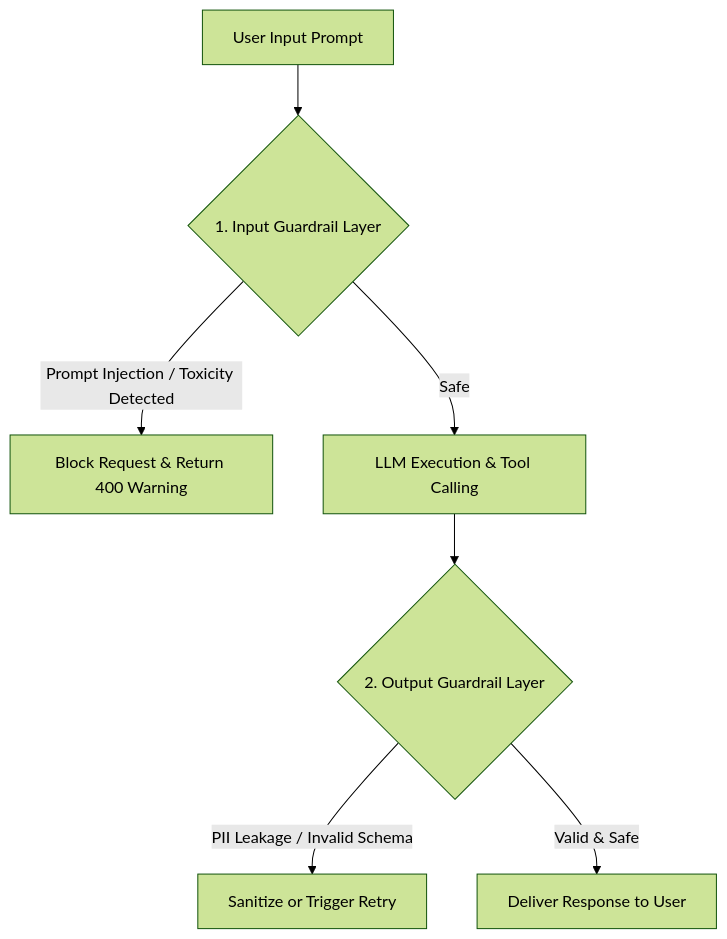
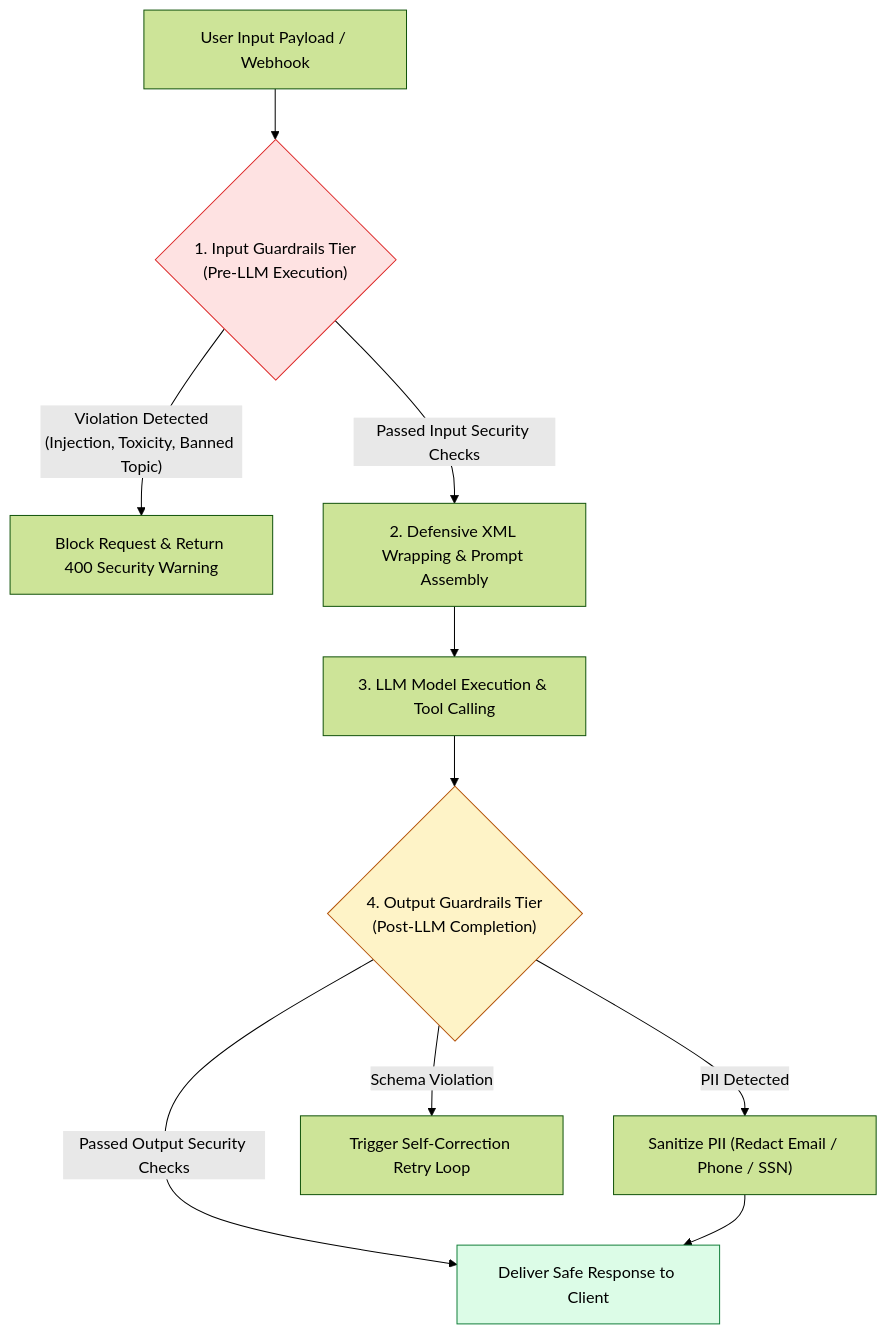
The first of 3 diagrams in agentic-ai-notes/00-foundations/14-guardrails-and-safety.md (Amie-dev/engineering-playbook), drawn with Mermaid (forest theme) before and after one commit. The commit also changed other lines of this file and 17 other files, not shown here.

Commit message:
Refactor observability and tracing documentation to enhance clarity and detail; expand Model Context Protocol (MCP) architecture with JSON-RPC primitives; update decision framework to emphasize architectural complexity and decision-making processes.

````diff
--- a/agentic-ai-notes/00-foundations/14-guardrails-and-safety.md
+++ b/agentic-ai-notes/00-foundations/14-guardrails-and-safety.md
@@ -10,10 +13,22 @@
 ```mermaid
 flowchart TD
-    UserInput[User Input Prompt] --> InputGuard{1. Input Guardrail Layer}
-    InputGuard -- "Prompt Injection / Toxicity Detected" --> BlockInput[Block Request & Return 400 Warning]
-    InputGuard -- "Safe" --> LLM[LLM Execution & Tool Calling]
+    UserInput[User Input Payload / Webhook] --> InputGuard{"1. Input Guardrails Tier<br/>(Pre-LLM Execution)"}
 
-    LLM --> OutputGuard{2. Output Guardrail Layer}
-    OutputGuard -- "PII Leakage / Invalid Schema" --> Regenerate[Sanitize or Trigger Retry]
-    OutputGuard -- "Valid & Safe" --> SafeResponse[Deliver Response to User]
+    InputGuard -- "Violation Detected<br/>(Injection, Toxicity, Banned Topic)" --> Block400["Block Request & Return 400 Security Warning"]
+
+    InputGuard -- "Passed Input Security Checks" --> DefensiveWrap["2. Defensive XML Wrapping & Prompt Assembly"]
+
+    DefensiveWrap --> LLMInference["3. LLM Model Execution & Tool Calling"]
+
+    LLMInference --> OutputGuard{"4. Output Guardrails Tier<br/>(Post-LLM Completion)"}
+
+    OutputGuard -- "PII Detected" --> PIIRedact["Sanitize PII (Redact Email / Phone / SSN)"]
+    OutputGuard -- "Schema Violation" --> AutoRetry["Trigger Self-Correction Retry Loop"]
+    OutputGuard -- "Passed Output Security Checks" --> SafeOutput["Deliver Safe Response to Client"]
+
+    PIIRedact --> SafeOutput
+
+    style InputGuard fill:#fee2e2,stroke:#dc2626
+    style OutputGuard fill:#fef3c7,stroke:#b45309
+    style SafeOutput fill:#dcfce7,stroke:#15803d
 ```
````
